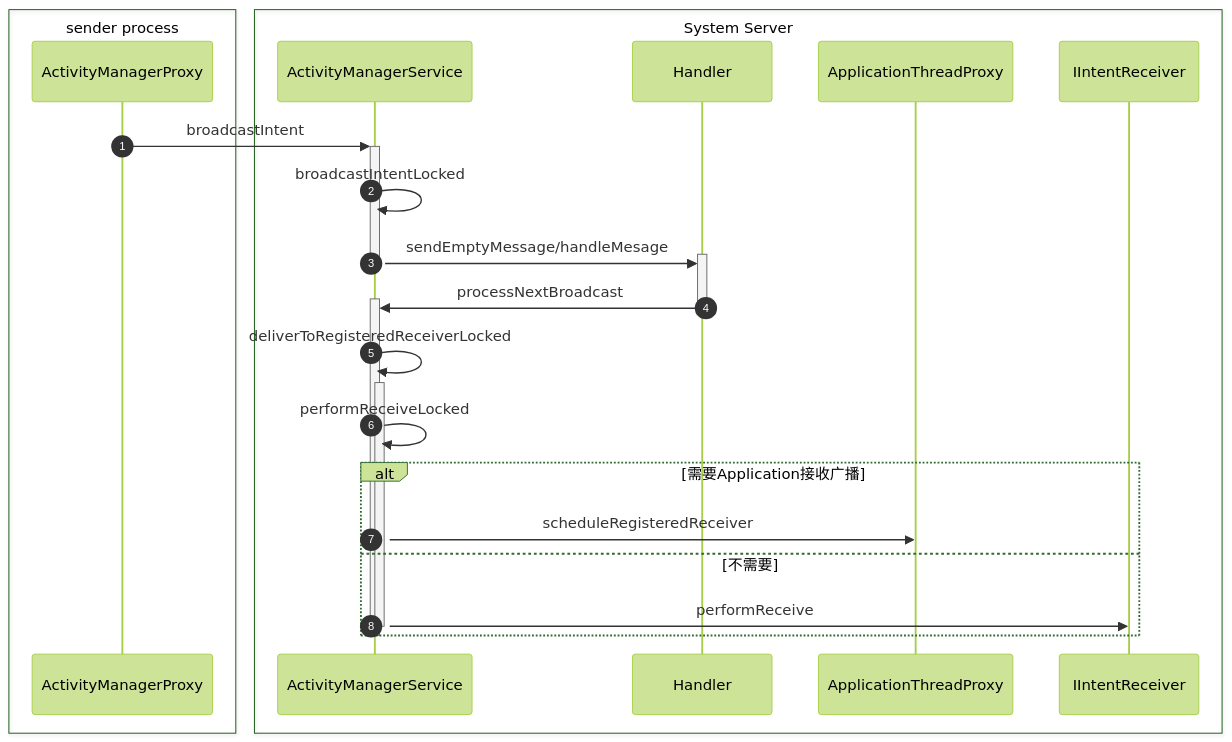
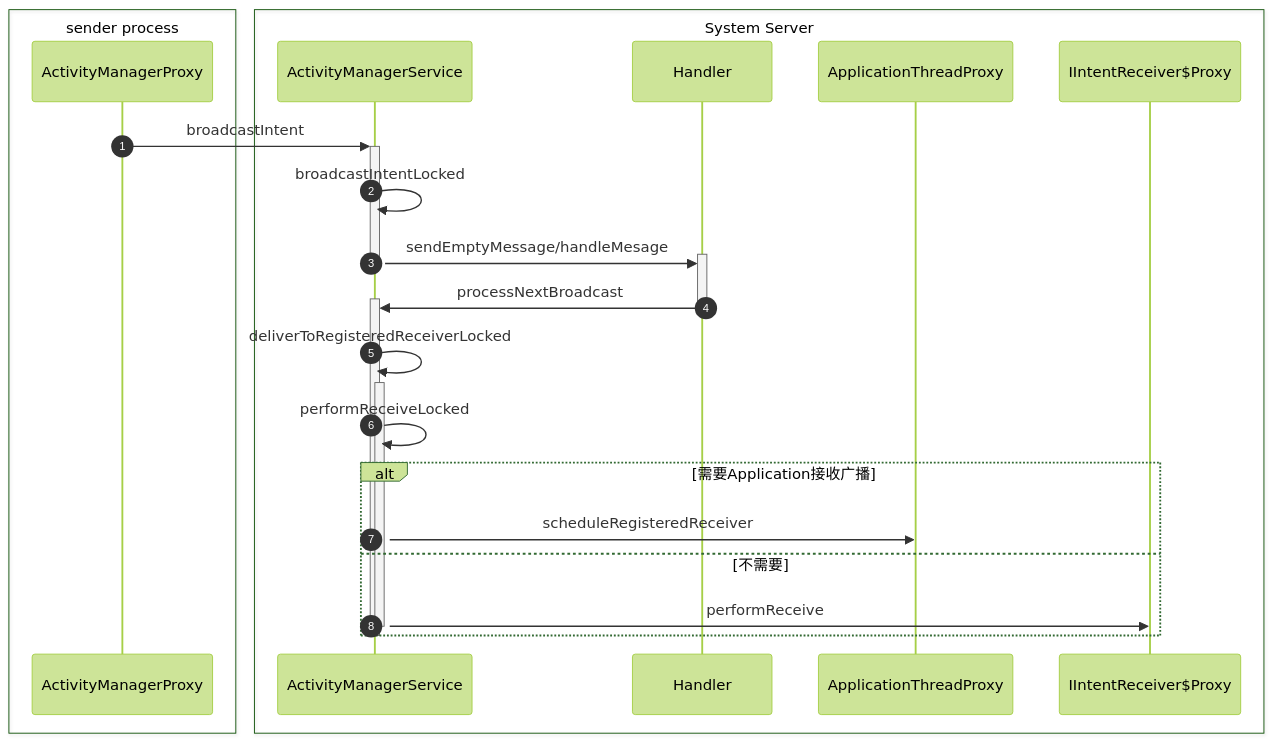
One commit to braisedp/braisedp.github.io changed the third of 4 diagrams in _posts/2025-6-27-broadcast_receiver.md. Above: the diagram before and after it, drawn with Mermaid (forest theme). The commit also changed other lines of this file and 6 other files, not shown here.

````diff
--- a/_posts/2025-6-27-broadcast_receiver.md
+++ b/_posts/2025-6-27-broadcast_receiver.md
@@ -219,29 +219,28 @@
 ```mermaid
 sequenceDiagram
 autoNumber
 box sender process
 participant ActivityManagerProxy
 end
 box System Server
 participant ActivityManagerService
 participant Handler
 participant ApplicationThreadProxy
-participant IIntentReceiver
+participant IIntentReceiver$Proxy
 end
-
 ActivityManagerProxy->>+ActivityManagerService: broadcastIntent
 ActivityManagerService->>ActivityManagerService: broadcastIntentLocked
 ActivityManagerService->>+Handler: sendEmptyMessage/handleMesage
 deactivate ActivityManagerService
 Handler->>+ActivityManagerService: processNextBroadcast
 deactivate Handler
 ActivityManagerService->>+ActivityManagerService:deliverToRegisteredReceiverLocked
 ActivityManagerService->>ActivityManagerService:performReceiveLocked
 alt 需要Application接收广播
 ActivityManagerService->>ApplicationThreadProxy: scheduleRegisteredReceiver
 else 不需要
-ActivityManagerService->>-IIntentReceiver: performReceive
+ActivityManagerService->>-IIntentReceiver$Proxy: performReceive
 end
 deactivate ActivityManagerService
 
 ```
````
